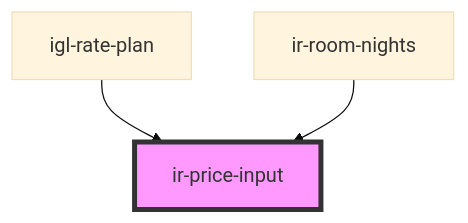
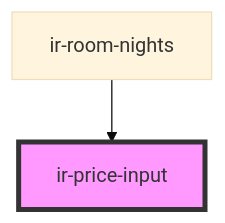
One commit to David1Chowaifaty/modified-ir-webcmp changed the diagram in src/components/ui/ir-price-input/readme.md. Above: the diagram before and after it, drawn with Mermaid (base theme). The commit also changed other lines of this file and 28 other files, not shown here.

````diff
--- a/src/components/ui/ir-price-input/readme.md
+++ b/src/components/ui/ir-price-input/readme.md
@@ -49,6 +48,5 @@
 ```mermaid
 graph TD;
-  igl-rate-plan --> ir-price-input
   ir-room-nights --> ir-price-input
   style ir-price-input fill:#f9f,stroke:#333,stroke-width:4px
 ```
````
